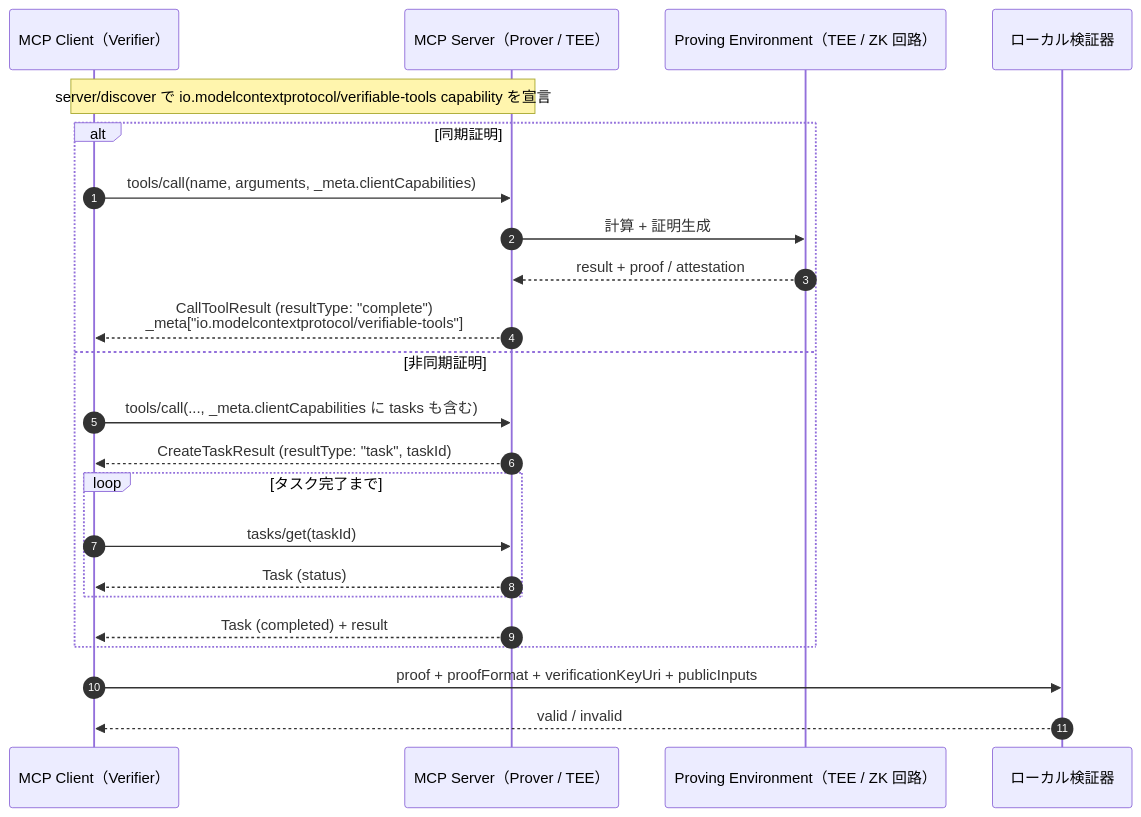
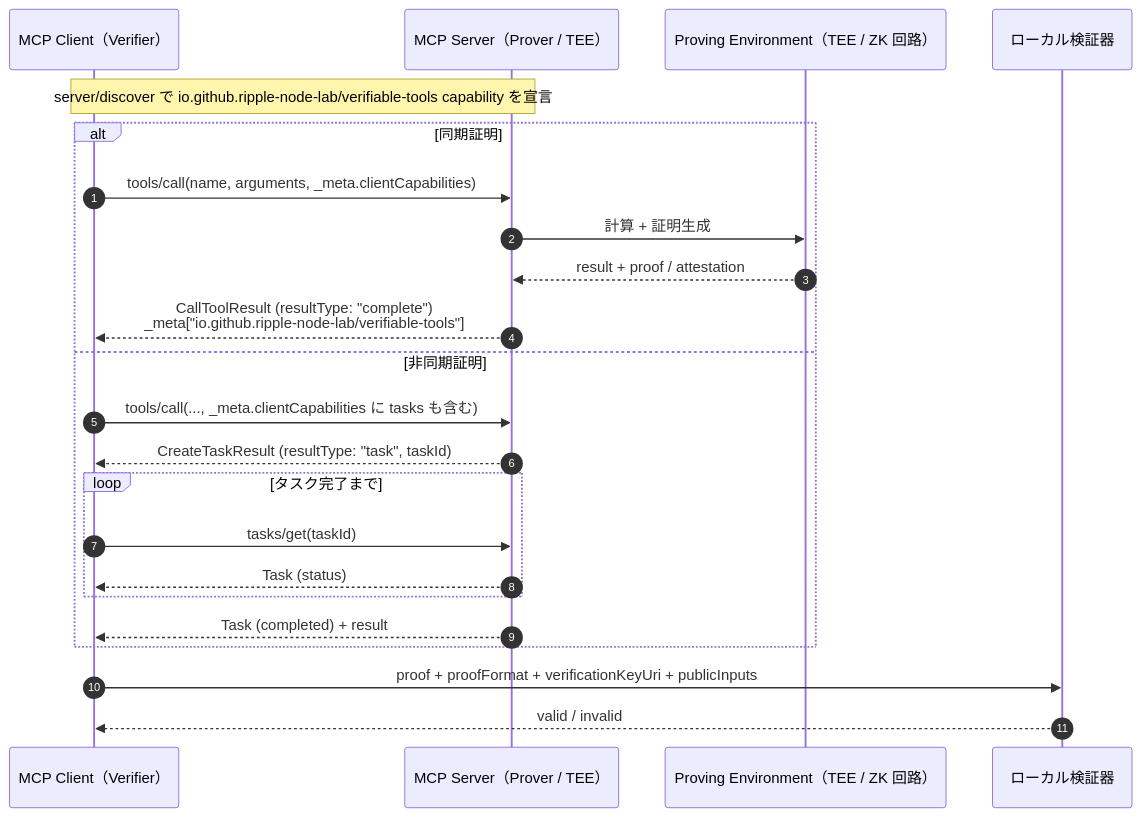
One commit to ripple-node-lab/mcp-verifiable-tools-demo changed the second of 3 diagrams in docs/spec/verifiable-tools.ja.md. Above: the diagram before and after it, drawn with Mermaid. The commit also changed other lines of this file and 17 other files, not shown here.

Commit message:
refactor: switch extension identifier to vendor prefix io.github.ripple-node-lab/verifiable-tools

````diff
--- a/docs/spec/verifiable-tools.ja.md
+++ b/docs/spec/verifiable-tools.ja.md
@@ -521,28 +521,28 @@
 ```mermaid
 sequenceDiagram
     autonumber
     participant C as MCP Client（Verifier）
     participant S as MCP Server（Prover / TEE）
     participant P as Proving Environment（TEE / ZK 回路）
     participant V as ローカル検証器
 
-    Note over C,S: server/discover で io.modelcontextprotocol/verifiable-tools capability を宣言
+    Note over C,S: server/discover で io.github.ripple-node-lab/verifiable-tools capability を宣言
 
     alt 同期証明
         C->>S: tools/call(name, arguments, _meta.clientCapabilities)
         S->>P: 計算 + 証明生成
         P-->>S: result + proof / attestation
-        S-->>C: CallToolResult (resultType: "complete")<br/>_meta["io.modelcontextprotocol/verifiable-tools"]
+        S-->>C: CallToolResult (resultType: "complete")<br/>_meta["io.github.ripple-node-lab/verifiable-tools"]
     else 非同期証明
         C->>S: tools/call(..., _meta.clientCapabilities に tasks も含む)
         S-->>C: CreateTaskResult (resultType: "task", taskId)
         loop タスク完了まで
             C->>S: tasks/get(taskId)
             S-->>C: Task (status)
         end
         S-->>C: Task (completed) + result
     end
 
     C->>V: proof + proofFormat + verificationKeyUri + publicInputs
     V-->>C: valid / invalid
 ```
````
